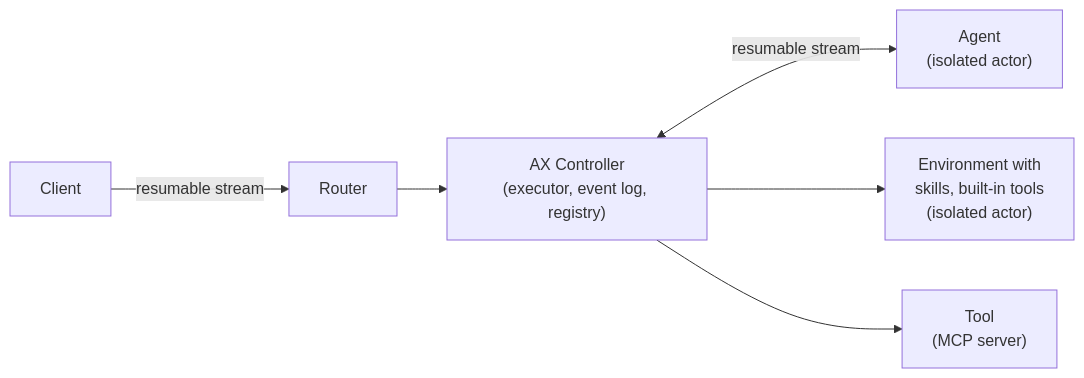
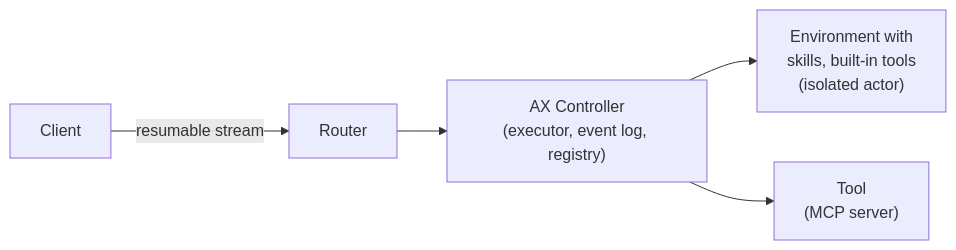
Before and after one commit to google/ax: the diagram in README.md, drawn with Mermaid. The commit also changed other lines of this file and 23 other files, not shown here.

````diff
--- a/README.md
+++ b/README.md
@@ -44,16 +44,14 @@
 ```mermaid
 %%{init: {"flowchart": {"diagramPadding": 80}}}%%
 graph LR
     Client
     Router["Router"]
     Controller["AX Controller<br/>(executor, event log, registry)"]
-    RemoteAgent["Agent<br/>(isolated actor)"]
     Tool["Tool<br/>(MCP server)"]
     Env["Environment with<br/>skills, built-in tools<br/>(isolated actor)"]
 
     Client -->|resumable stream| Router
     Router --> Controller
-    Controller <-->|resumable stream| RemoteAgent
     Controller --> Env
     Controller --> Tool
 ```
````
